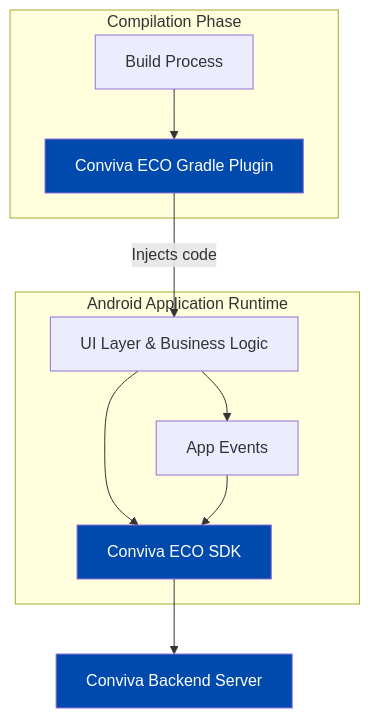
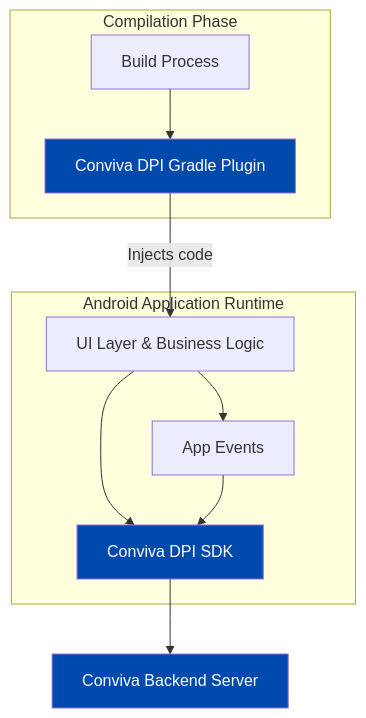
The diagram in README.md (Conviva/conviva-android-appanalytics), drawn with Mermaid before and after one commit. The commit also changed other lines of this file, not shown here.

````diff
--- a/README.md
+++ b/README.md
@@ -21,23 +21,23 @@
   ```mermaid
 graph TD
     build[Build Process] --> plugin;
-    plugin[Conviva ECO Gradle Plugin] -->|Injects code| app;
-    app[UI Layer & Business Logic] --> sdk@{ label: "Conviva ECO SDK" };
+    plugin[Conviva DPI Gradle Plugin] -->|Injects code| app;
+    app[UI Layer & Business Logic] --> sdk@{ label: "Conviva DPI SDK" };
     events[App Events] --> sdk;
     app --> events;
     sdk --> backend[Conviva Backend Server];
 
     subgraph "Android Application Runtime"
         app;
         sdk;
         events;
     end
 
     subgraph "Compilation Phase"
         build;
         plugin;
     end
 	style plugin fill:#004AAD,color:#FFFFFF
 	style sdk fill:#004AAD,color:#FFFFFF
 	style backend fill:#004AAD,color:#FFFFFF
   ```
````
